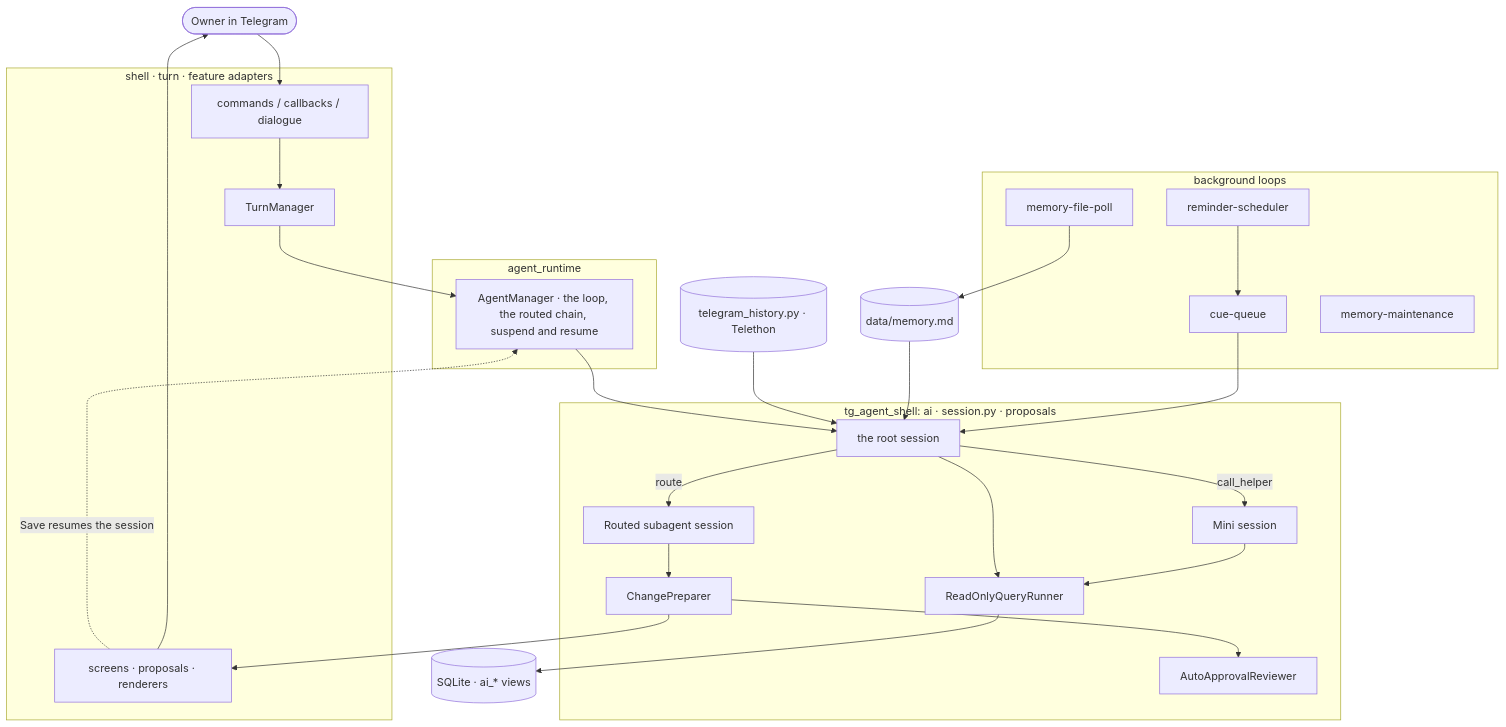
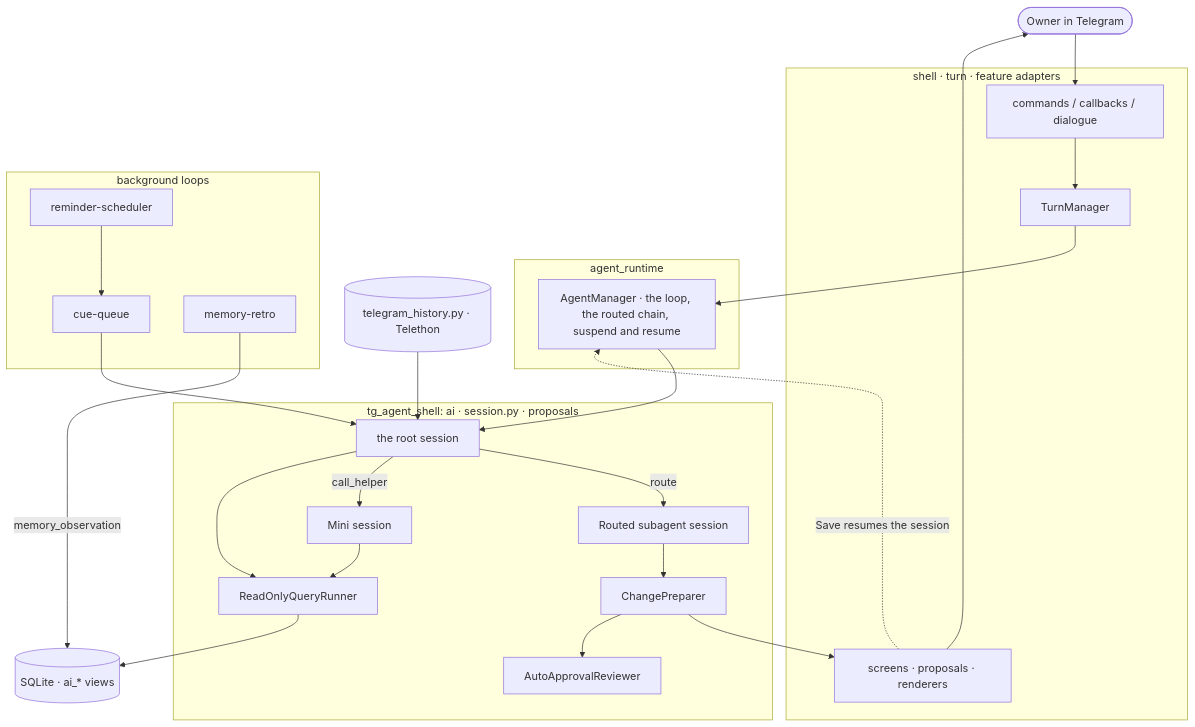
The third of 13 diagrams in docs/AGENT_ARCH.md (myvaheed/tg-ai-safwa), drawn with Mermaid before and after one commit. The commit also changed other lines of this file and 54 other files, not shown here.

````diff
--- a/docs/AGENT_ARCH.md
+++ b/docs/AGENT_ARCH.md
@@ -127,44 +127,41 @@
 ```mermaid
 flowchart TB
     OWNER([Owner in Telegram])
     subgraph TG[shell · turn · feature adapters]
         HANDLERS[commands / callbacks / dialogue]
         GUARD[TurnManager]
         SCREENS[screens · proposals · renderers]
     end
     subgraph RT[agent_runtime]
         MGR[AgentManager · the loop, the routed chain, suspend and resume]
     end
     subgraph AI[tg_agent_shell: ai · session.py · proposals]
         ADV[the root session]
         SUB[Routed subagent session]
         MINI[Mini session]
         PREP[ChangePreparer]
         AUTO[AutoApprovalReviewer]
         SQL[ReadOnlyQueryRunner]
     end
     subgraph BG[background loops]
         CUE[cue-queue]
         REM[reminder-scheduler]
-        MEMP[memory-file-poll]
-        MEMM[memory-maintenance]
+        MEMR[memory-retro]
     end
     HIST[(telegram_history.py · Telethon)]
-    MEM[(data/memory.md)]
     DB[(SQLite · ai_* views)]
 
     OWNER --> HANDLERS --> GUARD --> MGR
     MGR --> ADV
     SCREENS -.->|Save resumes the session| MGR
     ADV -->|route| SUB
     ADV -->|call_helper| MINI
     SUB --> PREP --> SCREENS --> OWNER
     PREP --> AUTO
     ADV --> SQL --> DB
     MINI --> SQL
     HIST --> ADV
-    MEM --> ADV
     CUE --> ADV
     REM --> CUE
-    MEMP --> MEM
+    MEMR -->|memory_observation| DB
 ```
````
